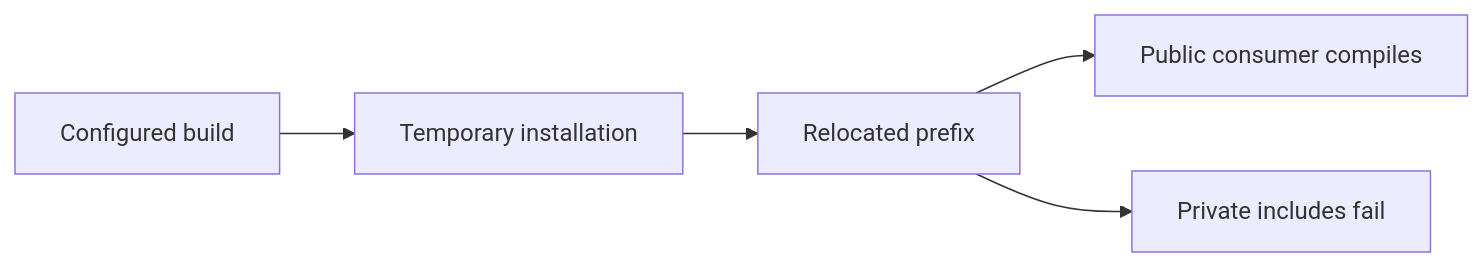
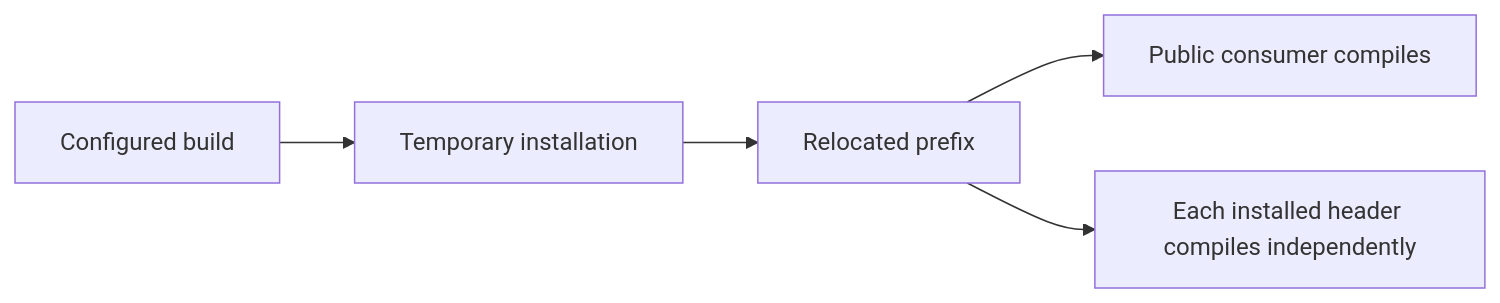
Before and after one commit to Vokerlee/wiola-player: the diagram in src/foundation/borrowed_reference/tests/README.md, drawn with Mermaid. The commit also changed other lines of this file and 23 other files, not shown here.

````diff
--- a/src/foundation/borrowed_reference/tests/README.md
+++ b/src/foundation/borrowed_reference/tests/README.md
@@ -5,7 +5,7 @@
 ```mermaid
 flowchart LR
   Build[Configured build] --> Install[Temporary installation]
   Install --> Relocate[Relocated prefix]
   Relocate --> Public[Public consumer compiles]
-  Relocate --> Private[Private includes fail]
+  Relocate --> Headers[Each installed header compiles independently]
 ```
````
